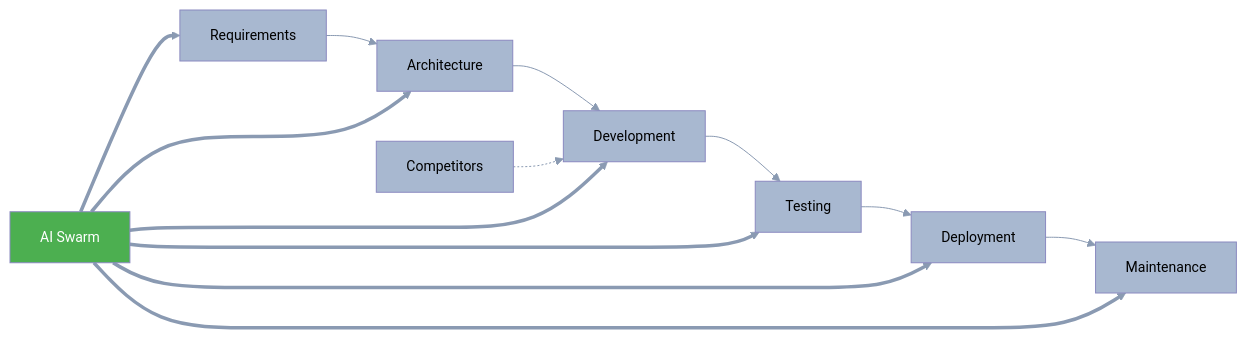
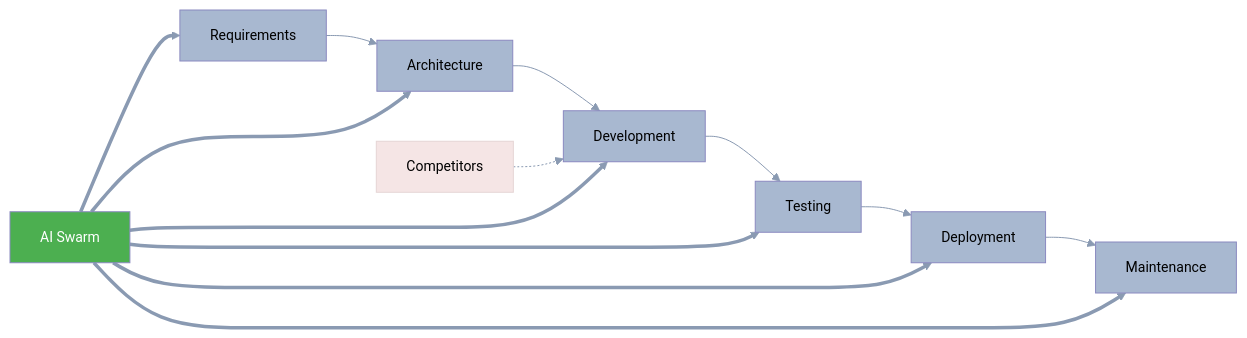
The sixth of 8 diagrams in business-documents/market-analysis/05-competitive-landscape.md (o2alexanderfedin/AI-Hive-Business-Docs), drawn with Mermaid before and after one commit.

Commit message:
Add pale reddish color to Competitors node
- Apply pale reddish background (#F5E5E5) to Competitors node
- Add matching border color (#E5D5D5)
- Keep text black for readability
- Visually distinguish limited competitor capabilities from comprehensive AI Swarm coverage

````diff
--- a/business-documents/market-analysis/05-competitive-landscape.md
+++ b/business-documents/market-analysis/05-competitive-landscape.md
@@ -448,80 +448,81 @@
 ```mermaid
 %%{init: {
   'theme': 'base',
   'themeVariables': {
     'primaryColor': '#A8B8D0',
     'primaryTextColor': '#000000',
     'primaryBorderColor': '#8A9AB2',
     'lineColor': '#8A9AB2',
     'secondaryColor': '#5DBCB6',
     'secondaryTextColor': '#000000',
     'secondaryBorderColor': '#3D9A94',
     'tertiaryColor': '#84D4F5',
     'tertiaryTextColor': '#000000',
     'tertiaryBorderColor': '#5ABCD8',
     'background': '#F5F5F5',
     'mainBkg': '#A8B8D0',
     'secondBkg': '#5DBCB6',
     'tertiaryBkg': '#84D4F5',
     'mainContrastColor': '#000000',
     'darkMode': false,
     'fontFamily': 'Arial, sans-serif',
     'fontSize': '14px',
     'labelBackground': '#E8E8E8',
     'textColor': '#000000',
     'nodeBkg': '#B3B2D8',
     'nodeTextColor': '#000000',
     'nodeBorder': '#8A89C0',
     'clusterBkg': '#E5C4CA',
     'clusterBorder': '#CDA2AB',
     'defaultLinkColor': '#8A9AB2',
     'titleColor': '#000000',
     'edgeLabelBackground': '#F5F5F5',
     'actorBorder': '#8A9AB2',
     'actorBkg': '#B3B2D8',
     'actorTextColor': '#000000',
     'actorLineColor': '#8A9AB2',
     'signalColor': '#000000',
     'signalTextColor': '#000000',
     'activationBorderColor': '#8A9AB2',
     'activationBkgColor': '#E5C4CA',
     'sequenceNumberColor': '#000000',
     'sectionBkgColor': '#FFD54F',
     'altSectionBkgColor': '#FFB74D',
     'sectionBkgColor2': '#E1B3C4',
     'taskBorderColor': '#8A9AB2',
     'taskBkgColor': '#B3B2D8',
     'taskTextColor': '#000000',
     'taskTextLightColor': '#000000',
     'taskTextOutsideColor': '#000000',
     'taskTextClickableColor': '#000000',
     'activeTaskBorderColor': '#A8B8D0',
     'activeTaskBkgColor': '#84D4F5',
     'gridColor': '#C0C0C0',
     'doneTaskBkgColor': '#5DBCB6',
     'doneTaskBorderColor': '#3D9A94',
     'critBorderColor': '#E27D00',
     'critBkgColor': '#FFB74D',
     'todayLineColor': '#E27D00',
     'labelColor': '#000000',
     'errorBkgColor': '#E1B3C4',
     'errorTextColor': '#000000'
   }
 }}%%
 graph LR
     A[Requirements] --> B[Architecture]
     B --> C[Development]
     C --> D[Testing]
     D --> E[Deployment]
     E --> F[Maintenance]
 
     G[Competitors] -.-> C
     H[AI Swarm] ==> A
     H ==> B
     H ==> C
     H ==> D
     H ==> E
     H ==> F
 
+    style G fill:#F5E5E5,stroke:#E5D5D5,color:#000
     style H fill:#4CAF50,color:#fff
 ```
````
